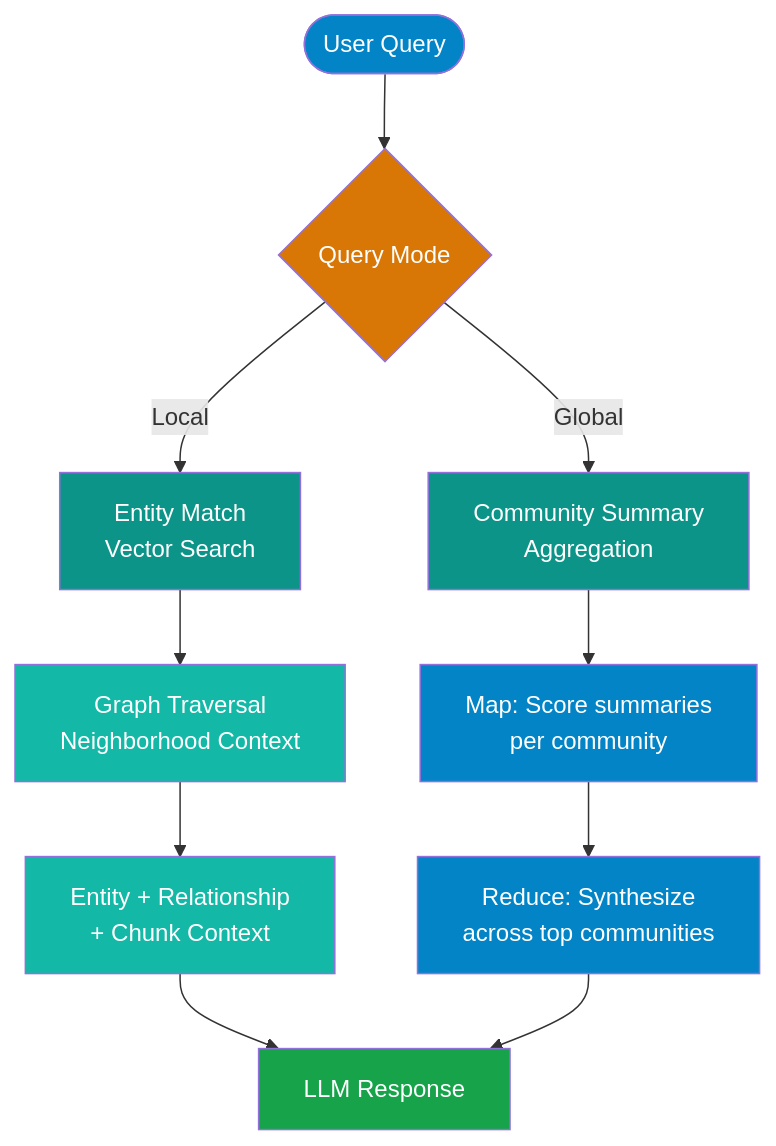
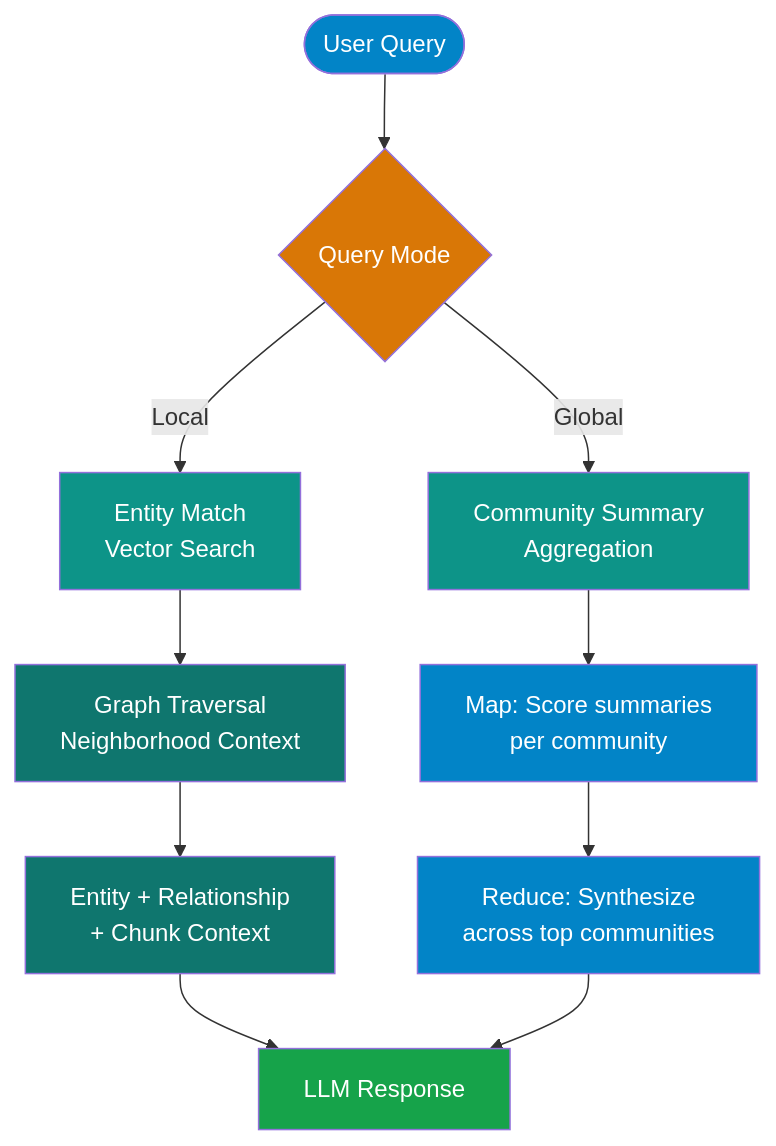
Before and after one commit to nitin27may/ai-resources: the second of 2 diagrams in docs/rag/graphrag.md, drawn with Mermaid. The commit also changed other lines of this file and 84 other files, not shown here.

````diff
--- a/docs/rag/graphrag.md
+++ b/docs/rag/graphrag.md
@@ -100,22 +109,22 @@
 ```mermaid
 flowchart TD
     A([User Query]) --> B{Query Mode}
-    B -- Local --> C[Entity Match\nVector Search]
-    B -- Global --> D[Community Summary\nAggregation]
-    C --> E[Graph Traversal\nNeighborhood Context]
-    E --> F[Entity + Relationship\n+ Chunk Context]
-    D --> G[Map: Score summaries\nper community]
-    G --> H[Reduce: Synthesize\nacross top communities]
+    B -- Local --> C[Entity Match<br/>Vector Search]
+    B -- Global --> D[Community Summary<br/>Aggregation]
+    C --> E[Graph Traversal<br/>Neighborhood Context]
+    E --> F[Entity + Relationship<br/>+ Chunk Context]
+    D --> G[Map: Score summaries<br/>per community]
+    G --> H[Reduce: Synthesize<br/>across top communities]
     F --> I[LLM Response]
     H --> I
 
     style A fill:#0284c7,color:#fff
     style B fill:#d97706,color:#fff
     style C fill:#0d9488,color:#fff
     style D fill:#0d9488,color:#fff
-    style E fill:#14b8a6,color:#fff
-    style F fill:#14b8a6,color:#fff
+    style E fill:#0f766e,color:#fff
+    style F fill:#0f766e,color:#fff
     style G fill:#0284c7,color:#fff
     style H fill:#0284c7,color:#fff
     style I fill:#16a34a,color:#fff
 ```
````
